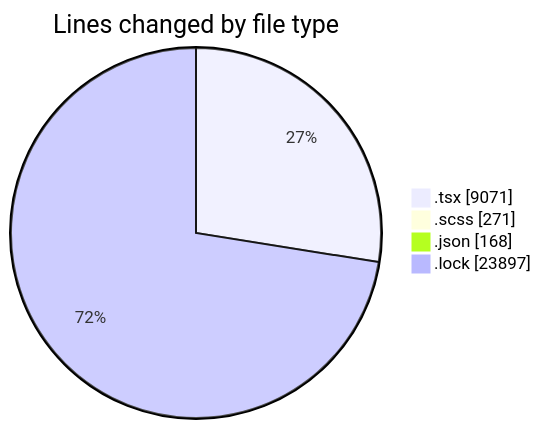
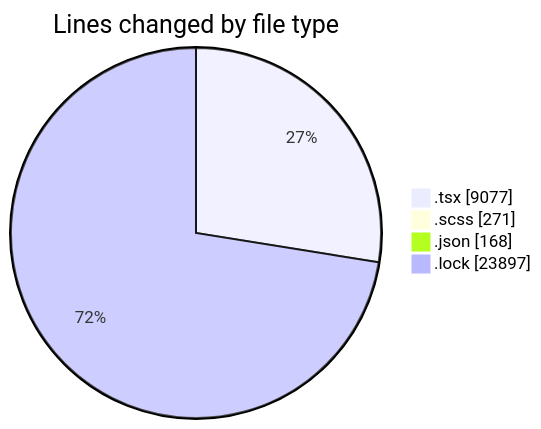
Before and after one commit to momahboobian/code-tracking: the first of 2 diagrams in 2025-11-18/cda/README.md, drawn with Mermaid. The commit also changed other lines of this file and 1 other file, not shown here.

````diff
--- a/2025-11-18/cda/README.md
+++ b/2025-11-18/cda/README.md
@@ -36,8 +36,8 @@
 ```mermaid
 pie showData
 title Lines changed by file type
-".tsx" : 9071
+".tsx" : 9077
 ".scss" : 271
 ".json" : 168
 ".lock" : 23897
 ```
````
